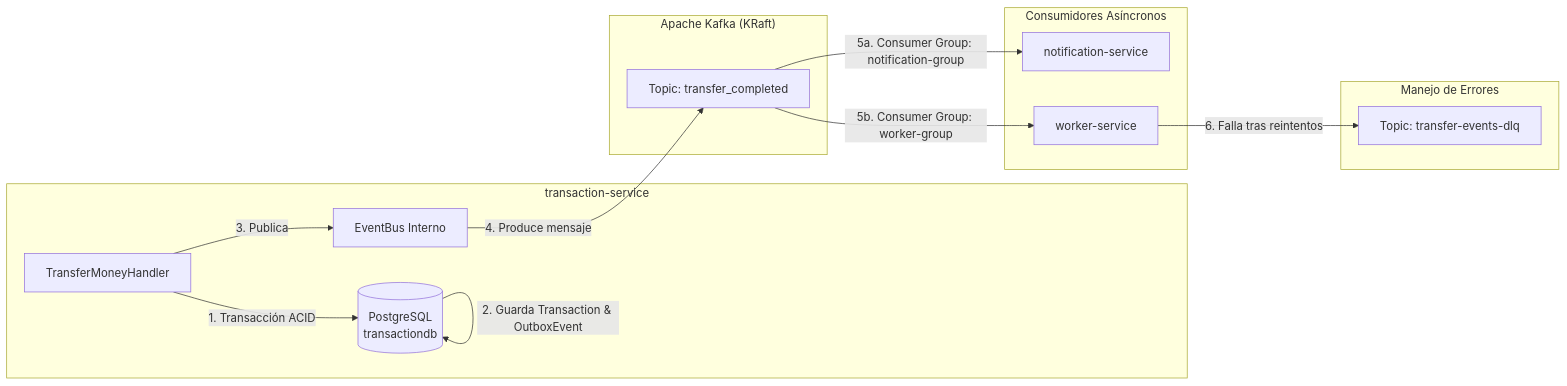
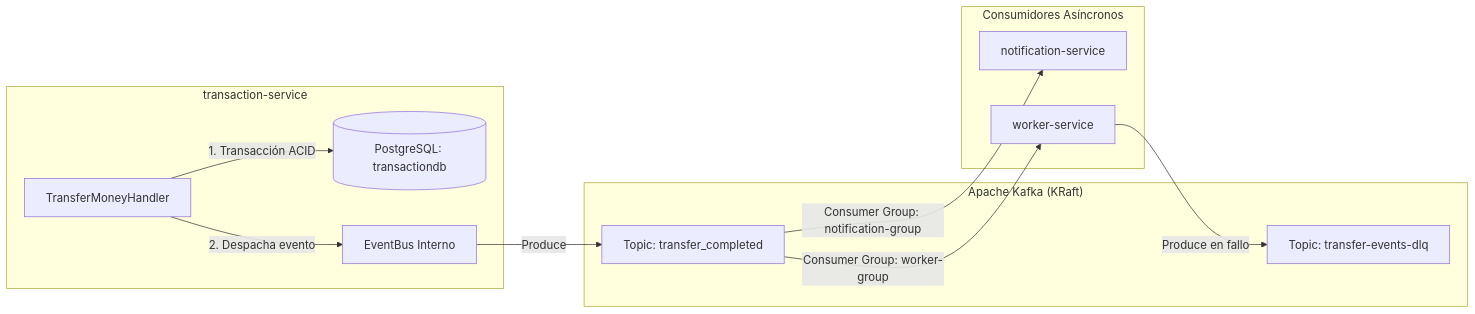
Before and after one commit to bleidertcs/fintech-wallet: the second of 4 diagrams in docs/architecture.md, drawn with Mermaid. The commit also changed other lines of this file and 27 other files, not shown here.

Commit message:
feat: generate project documentation and graphify visualization assets

````diff
--- a/docs/architecture.md
+++ b/docs/architecture.md
@@ -131,21 +131,26 @@
 ```mermaid
 graph LR
-    subgraph TransactionServiceBoundary ["transaction-service"]
-        Handler["TransferMoneyHandler"] -->|1. Transacción ACID| DB[("PostgreSQL<br>transactiondb")]
-        DB -->|2. Guarda Transaction & OutboxEvent| DB
-        Handler -->|3. Publica| EventBus["EventBus Interno"]
+    subgraph TxBoundary ["transaction-service"]
+        Handler["TransferMoneyHandler"]
+        DB[("PostgreSQL: transactiondb")]
+        EventBus["EventBus Interno"]
+        
+        Handler -->|1. Transacción ACID| DB
+        Handler -->|2. Despacha evento| EventBus
     end
 
     subgraph KafkaCluster ["Apache Kafka (KRaft)"]
-        EventBus -->|4. Produce mensaje| Topic["Topic: transfer_completed"]
+        Topic["Topic: transfer_completed"]
+        DLQ["Topic: transfer-events-dlq"]
     end
 
     subgraph Consumers ["Consumidores Asíncronos"]
-        Topic -->|5a. Consumer Group: notification-group| NotifSvc["notification-service"]
-        Topic -->|5b. Consumer Group: worker-group| WorkerSvc["worker-service"]
+        NotifSvc["notification-service"]
+        WorkerSvc["worker-service"]
     end
 
-    subgraph ErrorHandling ["Manejo de Errores"]
-        WorkerSvc -->|6. Falla tras reintentos| DLQ["Topic: transfer-events-dlq"]
-    end
+    EventBus -->|Produce| Topic
+    Topic -->|Consumer Group: notification-group| NotifSvc
+    Topic -->|Consumer Group: worker-group| WorkerSvc
+    WorkerSvc -->|Produce en fallo| DLQ
 ```
````
